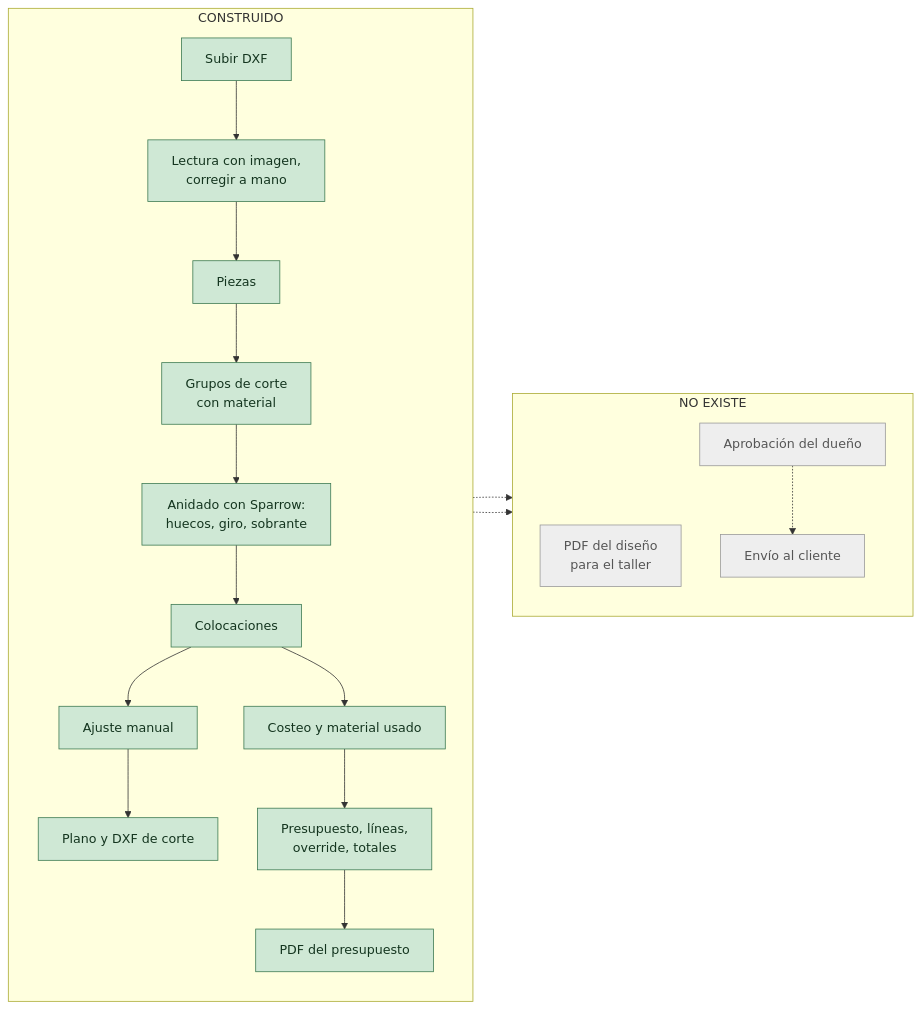
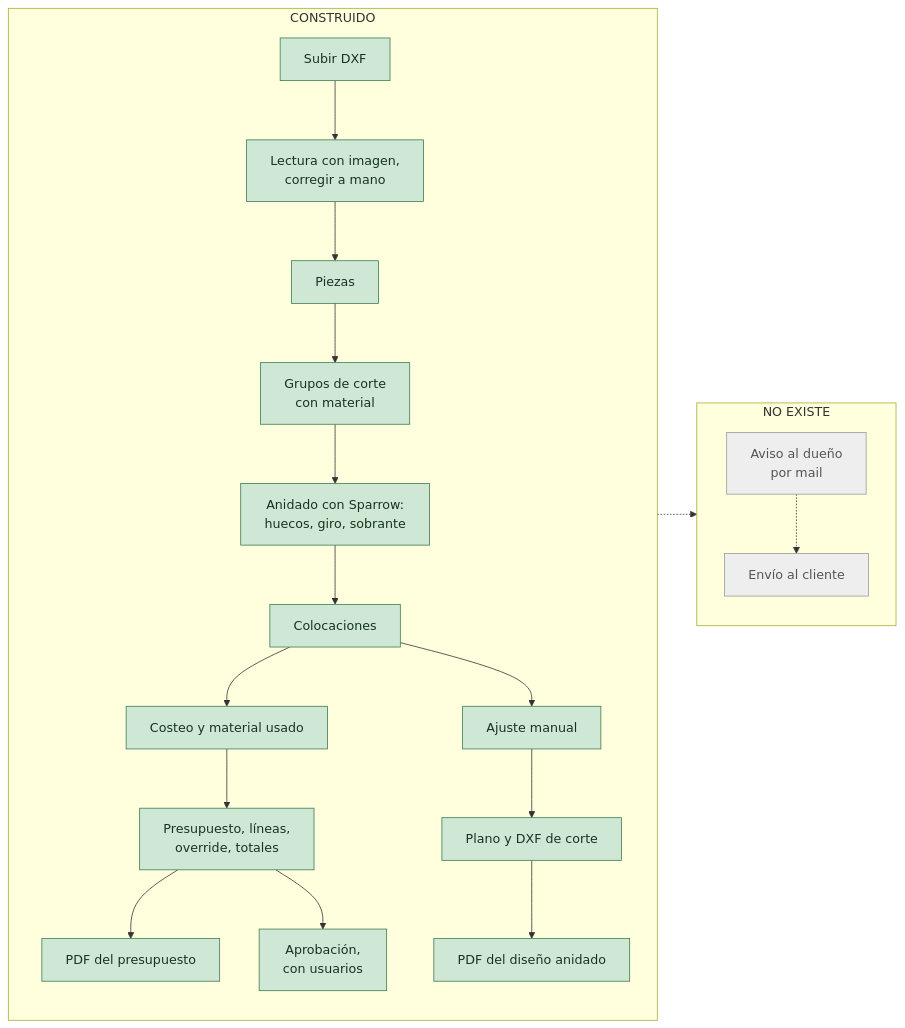
The diagram in docs/MAPA-DEL-PROYECTO.md (enzopazzelli/carteleria), drawn with Mermaid before and after one commit. The commit also changed other lines of this file and 6 other files, not shown here.

````diff
--- a/docs/MAPA-DEL-PROYECTO.md
+++ b/docs/MAPA-DEL-PROYECTO.md
@@ -39,31 +39,31 @@
 ```mermaid
 flowchart LR
     subgraph hecho ["CONSTRUIDO"]
         direction TB
         DXF["Subir DXF"] --> ANA["Lectura con imagen,<br/>corregir a mano"]
         ANA --> PIEZAS["Piezas"]
         PIEZAS --> GRUPOS["Grupos de corte<br/>con material"]
         GRUPOS --> MOTOR["Anidado con Sparrow:<br/>huecos, giro, sobrante"]
         MOTOR --> COLOC["Colocaciones"]
         COLOC --> AJUSTE["Ajuste manual"]
         AJUSTE --> PLANO["Plano y DXF de corte"]
         COLOC --> COSTEO["Costeo y material usado"]
         COSTEO --> PRESUP["Presupuesto, líneas,<br/>override, totales"]
         PRESUP --> PDF["PDF del presupuesto"]
+        PRESUP --> APROB["Aprobación,<br/>con usuarios"]
+        PLANO --> PDFT["PDF del diseño anidado"]
     end
 
     subgraph falta ["NO EXISTE"]
         direction TB
-        PDFT["PDF del diseño<br/>para el taller"]
-        APROB["Aprobación del dueño"]
+        AVISO["Aviso al dueño<br/>por mail"]
         ENVIO["Envío al cliente"]
     end
 
-    PLANO -.-> PDFT
-    PDF -.-> APROB -.-> ENVIO
+    APROB -.-> AVISO -.-> ENVIO
 
     classDef ok fill:#cfe8d5,stroke:#3d7a52,color:#14351f
     classDef no fill:#eeeeee,stroke:#999,color:#555
-    class DXF,ANA,PIEZAS,GRUPOS,MOTOR,COLOC,AJUSTE,PLANO,COSTEO,PRESUP,PDF ok
-    class PDFT,APROB,ENVIO no
+    class DXF,ANA,PIEZAS,GRUPOS,MOTOR,COLOC,AJUSTE,PLANO,COSTEO,PRESUP,PDF,APROB,PDFT ok
+    class AVISO,ENVIO no
 ```
````
